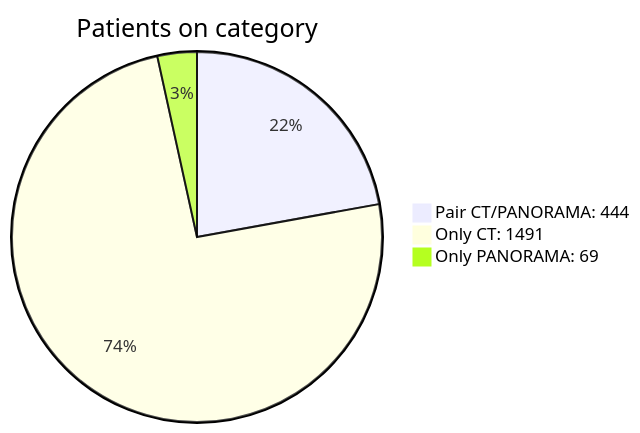
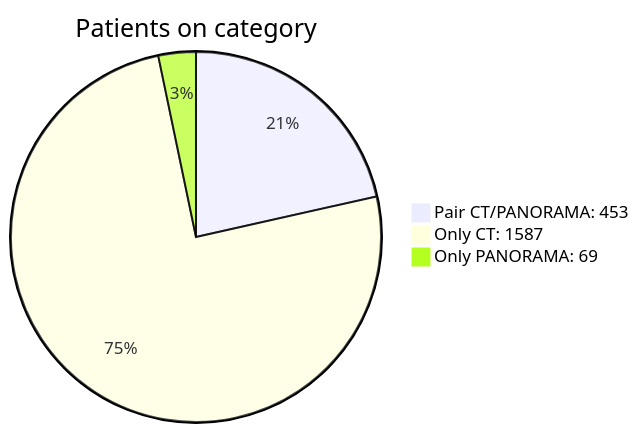
Before and after one commit to doidio/nonapx: the first of 2 diagrams in a2_pair_ct_px.md, drawn with Mermaid. The commit also changed other lines of this file and 1 other file, not shown here.

````diff
--- a/a2_pair_ct_px.md
+++ b/a2_pair_ct_px.md
@@ -1,6 +1,6 @@
 ```mermaid
 pie title Patients on category
-    "Pair CT/PANORAMA: 444" : 444
-    "Only CT: 1491" : 1491
+    "Pair CT/PANORAMA: 453" : 453
+    "Only CT: 1587" : 1587
     "Only PANORAMA: 69" : 69
 ```
````
